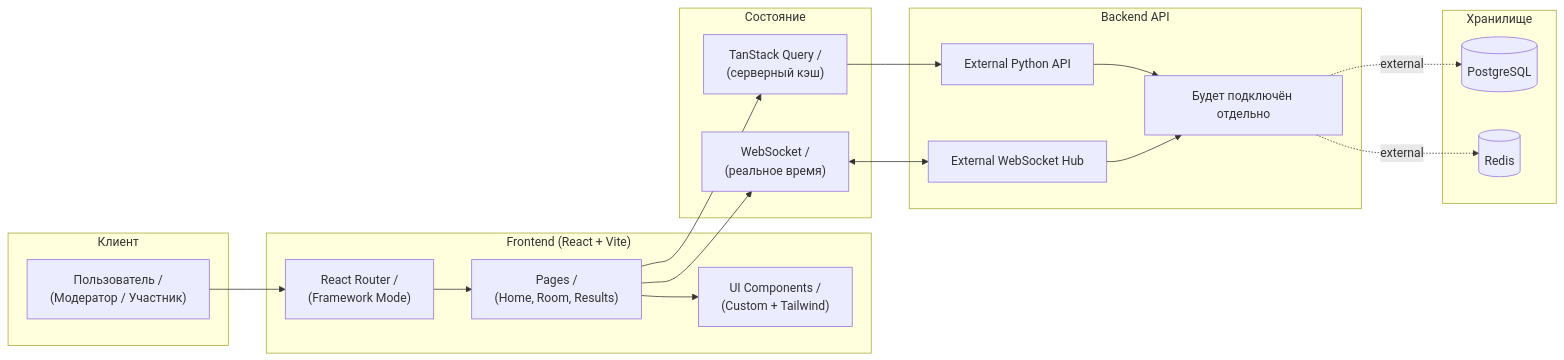
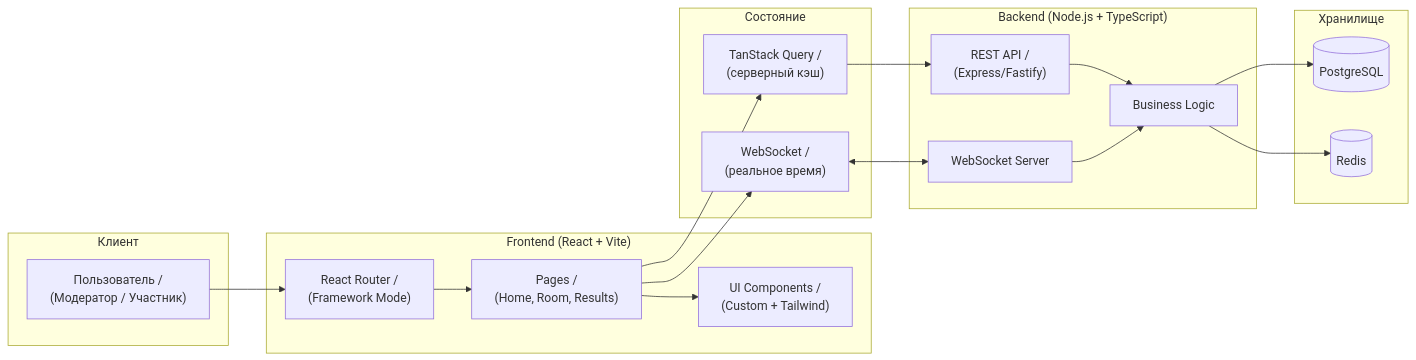
The diagram in README.md (S-NOWNUM-B/-Pocker-Planning-), drawn with Mermaid before and after one commit. The commit also changed other lines of this file and 182 other files, not shown here.

````diff
--- a/README.md
+++ b/README.md
@@ -79,40 +106,40 @@
 ```mermaid
 flowchart LR
     subgraph Client["Клиент"]
         User["Пользователь /\n(Модератор / Участник)"]
     end
 
     subgraph FE["Frontend (React + Vite)"]
         Router["React Router /\n(Framework Mode)"]
         Pages["Pages /\n(Home, Room, Results)"]
         Components["UI Components /\n(Custom + Tailwind)"]
     end
 
     subgraph State["Состояние"]
         Query["TanStack Query /\n(серверный кэш)"]
         WS["WebSocket /\n(реальное время)"]
     end
 
-    subgraph BE["Backend API"]
-        REST["External Python API"]
-        WSEndpoint["External WebSocket Hub"]
-        Services["Будет подключён отдельно"]
+    subgraph BE["Backend (Node.js + TypeScript)"]
+        REST["REST API /\n(Express/Fastify)"]
+        WSEndpoint["WebSocket Server"]
+        Services["Business Logic"]
     end
 
     subgraph Storage["Хранилище"]
         DB[("PostgreSQL")]
         Cache[("Redis")]
     end
 
     User --> Router
     Router --> Pages
     Pages --> Components
     Pages --> Query
     Pages --> WS
     Query --> REST
     WS <--> WSEndpoint
     REST --> Services
     WSEndpoint --> Services
-    Services -. external .-> DB
-    Services -. external .-> Cache
+    Services --> DB
+    Services --> Cache
 ```
````
